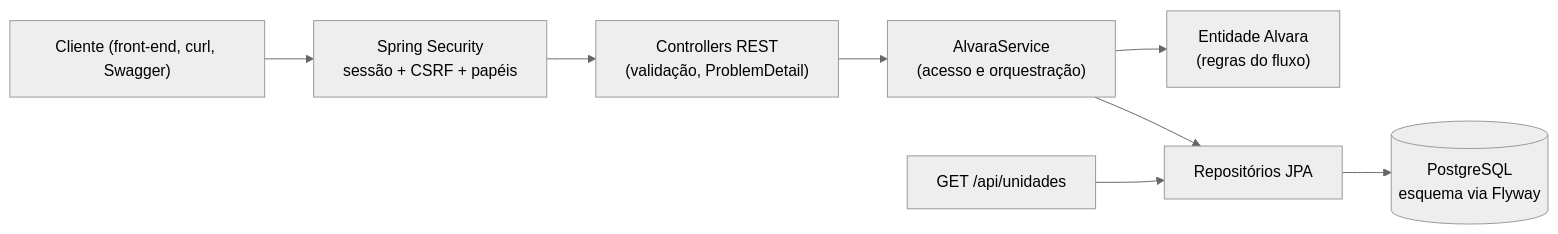
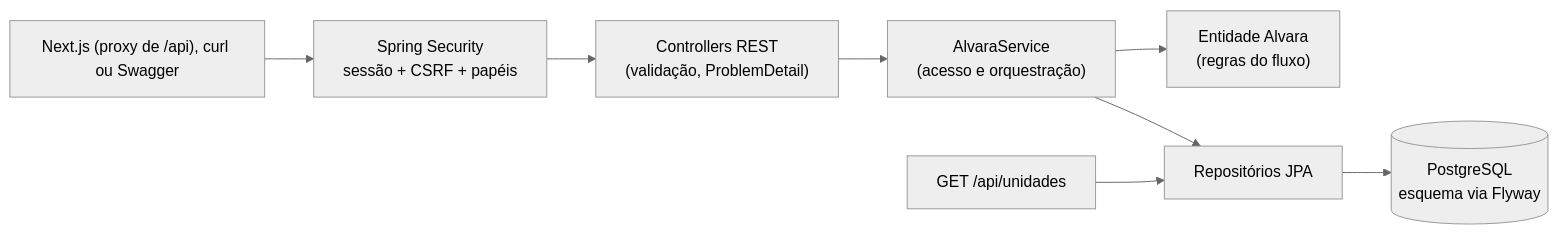
One commit to Pedro-roch4/govtech-demo changed the second of 2 diagrams in README.md. Above: the diagram before and after it, drawn with Mermaid (neutral theme). The commit also changed other lines of this file and 4 other files, not shown here.

````diff
--- a/README.md
+++ b/README.md
@@ -34,10 +54,10 @@
 ```mermaid
 flowchart LR
-    C["Cliente (front-end, curl, Swagger)"] --> S["Spring Security<br/>sessão + CSRF + papéis"]
+    C["Next.js (proxy de /api), curl ou Swagger"] --> S["Spring Security<br/>sessão + CSRF + papéis"]
     S --> K["Controllers REST<br/>(validação, ProblemDetail)"]
     K --> V["AlvaraService<br/>(acesso e orquestração)"]
     V --> D["Entidade Alvara<br/>(regras do fluxo)"]
     V --> R["Repositórios JPA"]
     R --> P[("PostgreSQL<br/>esquema via Flyway")]
     M["GET /api/unidades"] --> R
 ```
````
